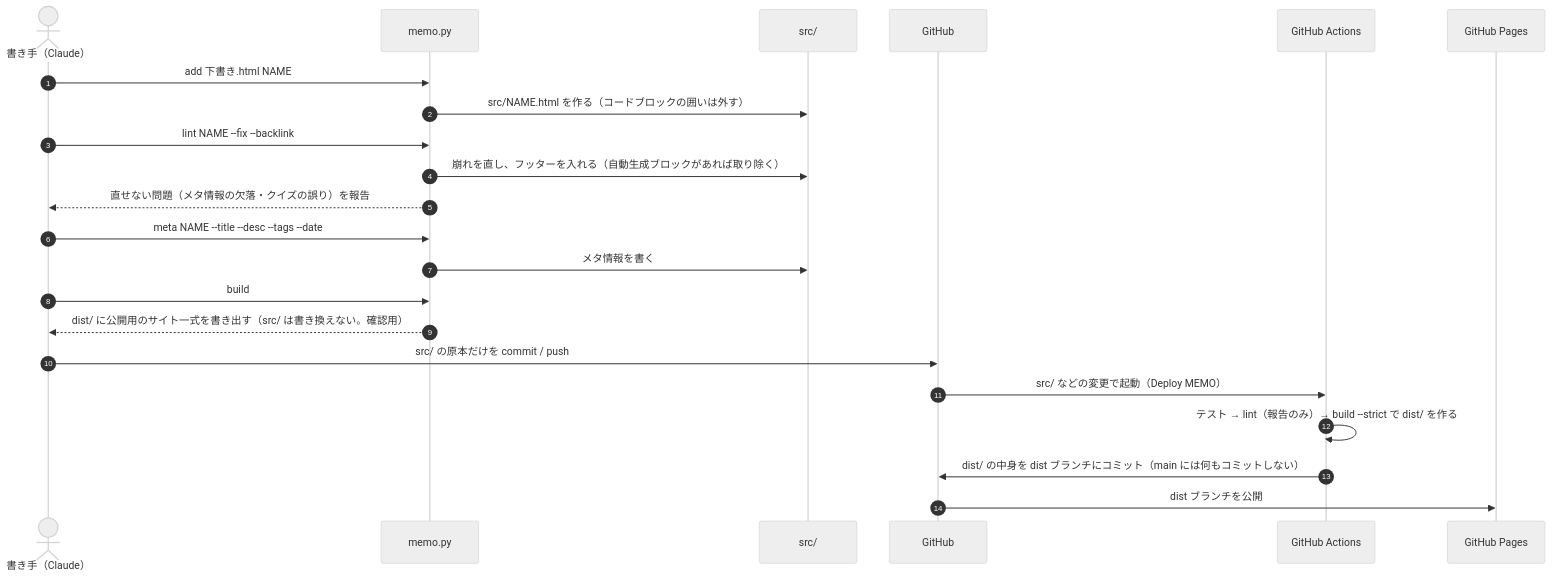
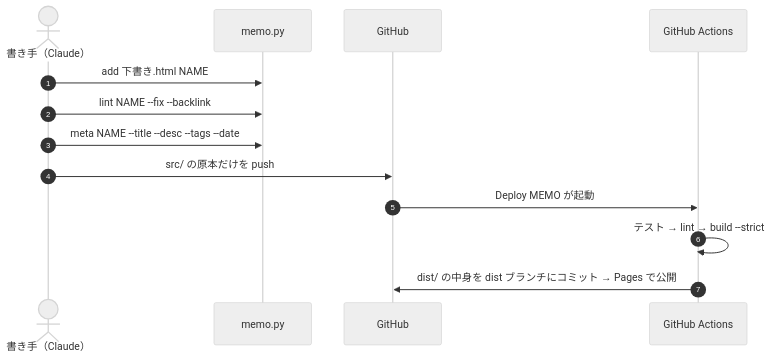
The second of 4 diagrams in memo-detail.md (taka1156/memo-kit), drawn with Mermaid (neutral theme) before and after one commit. The commit also changed other lines of this file and 12 other files, not shown here.

````diff
--- a/memo-detail.md
+++ b/memo-detail.md
@@ -166,25 +117,16 @@
 ```mermaid
 sequenceDiagram
   autonumber
   actor U as 書き手（Claude）
   participant P as memo.py
-  participant D as src/
   participant G as GitHub
   participant A as GitHub Actions
-  participant S as GitHub Pages
 
   U->>P: add 下書き.html NAME
-  P->>D: src/NAME.html を作る（コードブロックの囲いは外す）
   U->>P: lint NAME --fix --backlink
-  P->>D: 崩れを直し、フッターを入れる（自動生成ブロックがあれば取り除く）
-  P-->>U: 直せない問題（メタ情報の欠落・クイズの誤り）を報告
   U->>P: meta NAME --title --desc --tags --date
-  P->>D: メタ情報を書く
-  U->>P: build
-  P-->>U: dist/ に公開用のサイト一式を書き出す（src/ は書き換えない。確認用）
-  U->>G: src/ の原本だけを commit / push
-  G->>A: src/ などの変更で起動（Deploy MEMO）
-  A->>A: テスト → lint（報告のみ）→ build --strict で dist/ を作る
-  A->>G: dist/ の中身を dist ブランチにコミット（main には何もコミットしない）
-  G->>S: dist ブランチを公開
+  U->>G: src/ の原本だけを push
+  G->>A: Deploy MEMO が起動
+  A->>A: テスト → lint → build --strict
+  A->>G: dist/ の中身を dist ブランチにコミット → Pages で公開
 ```
````
